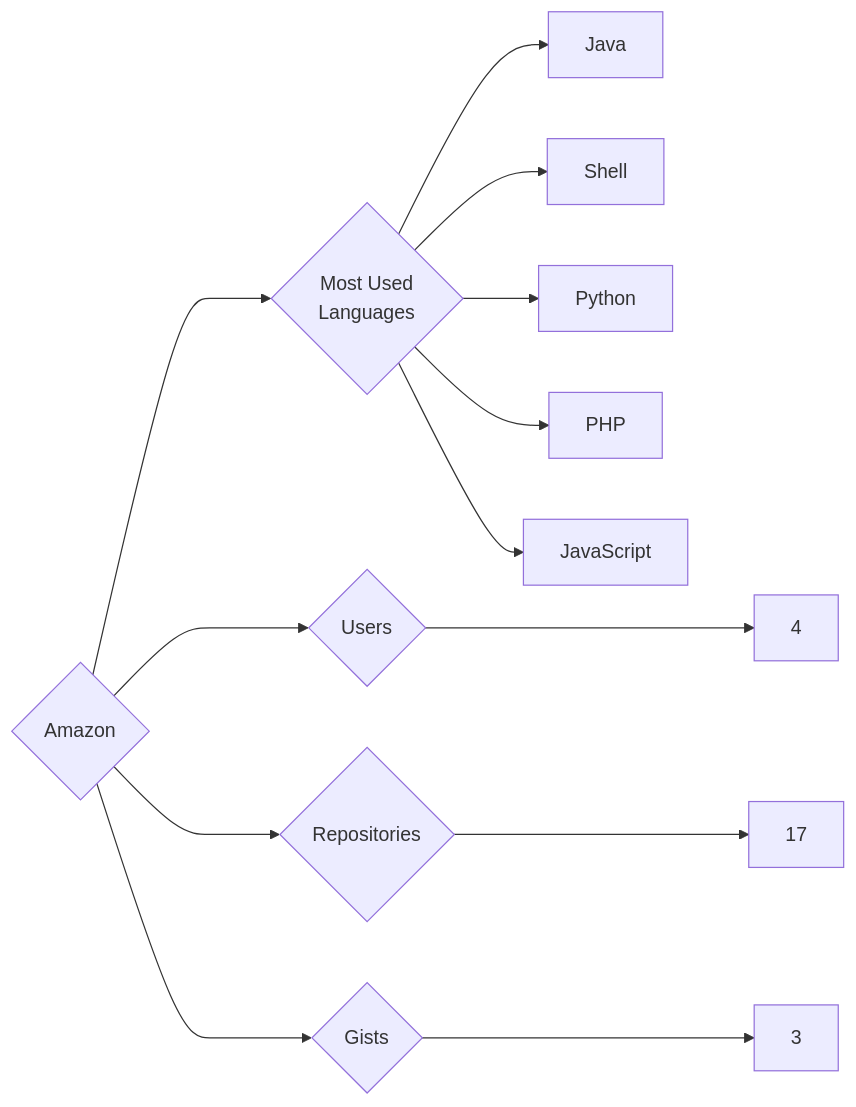
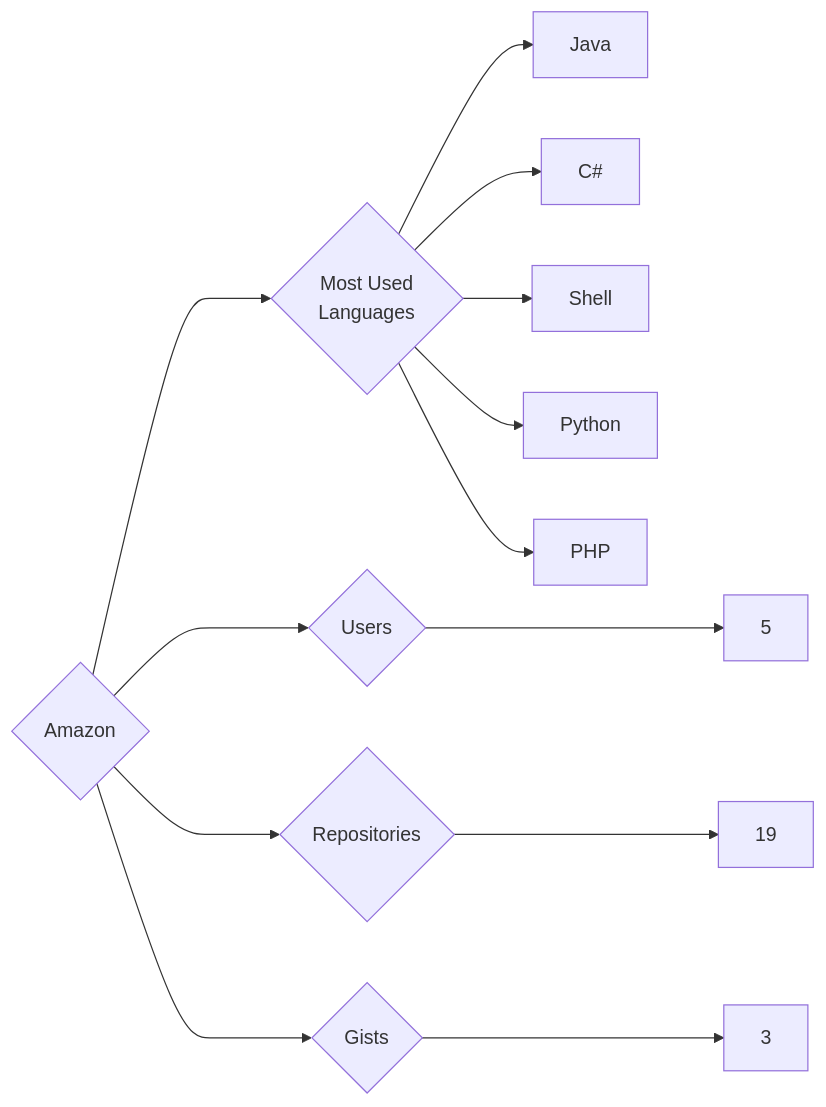
The diagram in targets/Amazon/README.md (trickest/insiders), drawn with Mermaid before and after one commit. The commit also changed 873 other files, not shown here.

````diff
--- a/targets/Amazon/README.md
+++ b/targets/Amazon/README.md
@@ -3,13 +3,13 @@
 ```mermaid
 graph LR
 COMPANY_NAME{Amazon}
-COMPANY_NAME ---> U{Users} ---> UN[4]
-COMPANY_NAME ---> R{Repositories} ---> RN[17]
+COMPANY_NAME ---> U{Users} ---> UN[5]
+COMPANY_NAME ---> R{Repositories} ---> RN[19]
 COMPANY_NAME ---> G{Gists} ---> GN[3]
 COMPANY_NAME ---> ML{Most Used<br>Languages}
 ML --> Java[Java]
+ML --> C#[C#]
 ML --> Shell[Shell]
 ML --> Python[Python]
 ML --> PHP[PHP]
-ML --> JavaScript[JavaScript]
 ```
````
